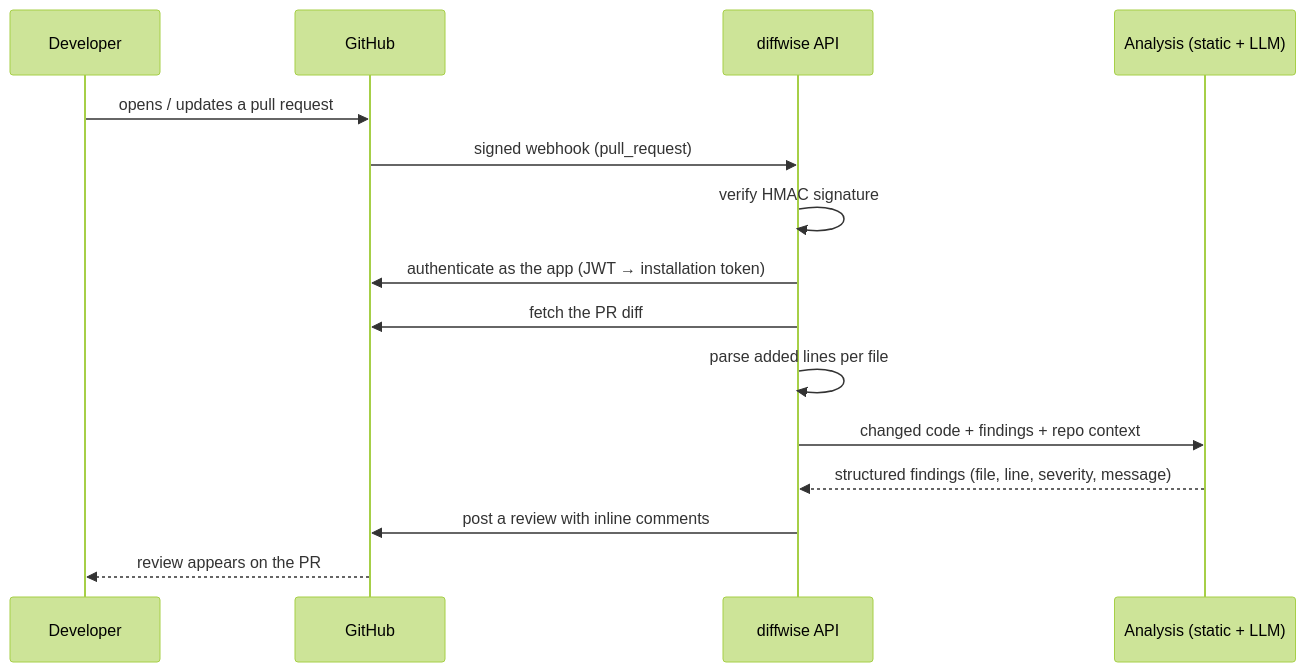
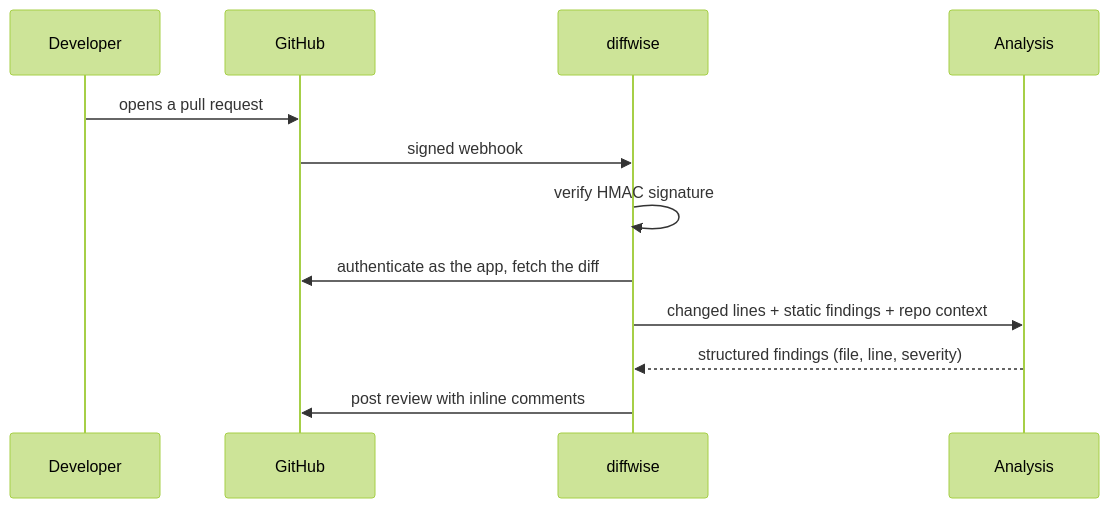
The diagram in README.md (hamzajasar/diffwise), drawn with Mermaid (forest theme) before and after one commit. The commit also changed other lines of this file, not shown here.

````diff
--- a/README.md
+++ b/README.md
@@ -12,18 +10,15 @@
 ```mermaid
 sequenceDiagram
     participant Dev as Developer
     participant GH as GitHub
-    participant API as diffwise API
-    participant AI as Analysis (static + LLM)
+    participant API as diffwise
+    participant AI as Analysis
 
-    Dev->>GH: opens / updates a pull request
-    GH->>API: signed webhook (pull_request)
+    Dev->>GH: opens a pull request
+    GH->>API: signed webhook
     API->>API: verify HMAC signature
-    API->>GH: authenticate as the app (JWT → installation token)
-    API->>GH: fetch the PR diff
-    API->>API: parse added lines per file
-    API->>AI: changed code + findings + repo context
-    AI-->>API: structured findings (file, line, severity, message)
-    API->>GH: post a review with inline comments
-    GH-->>Dev: review appears on the PR
+    API->>GH: authenticate as the app, fetch the diff
+    API->>AI: changed lines + static findings + repo context
+    AI-->>API: structured findings (file, line, severity)
+    API->>GH: post review with inline comments
 ```
````
